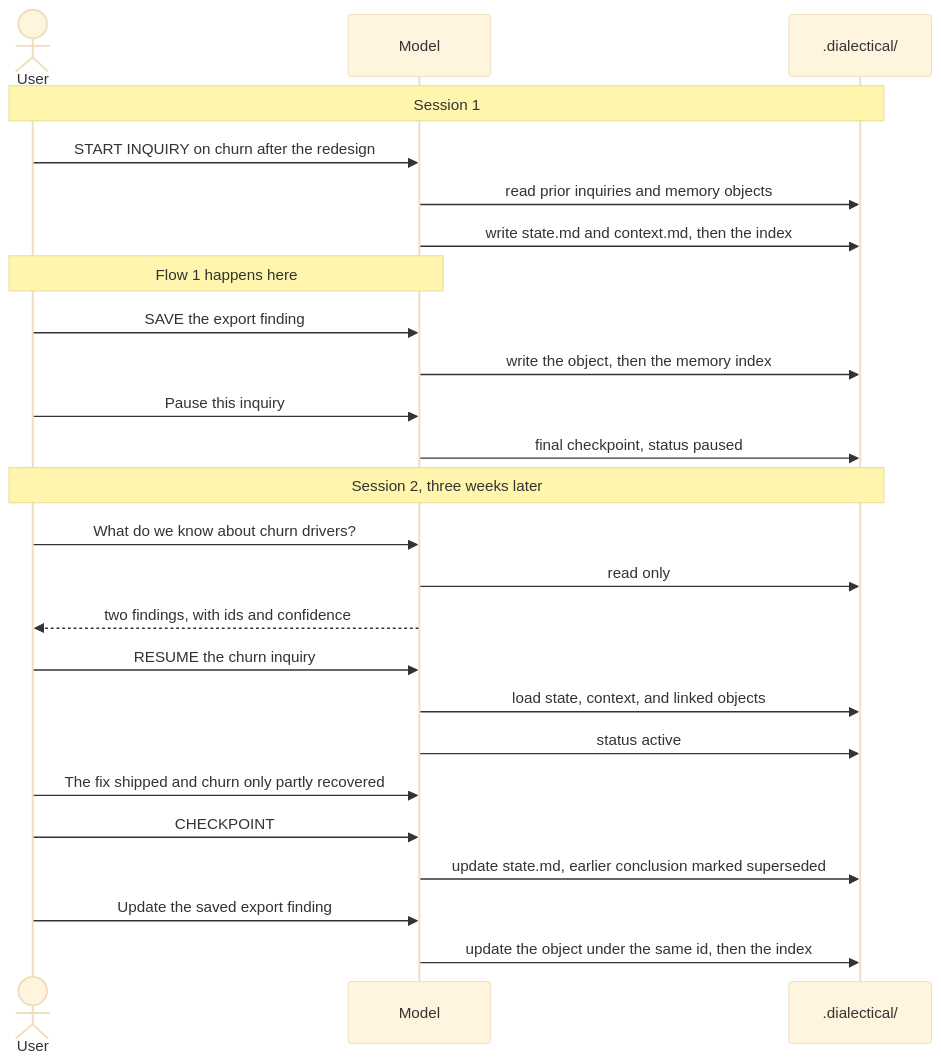
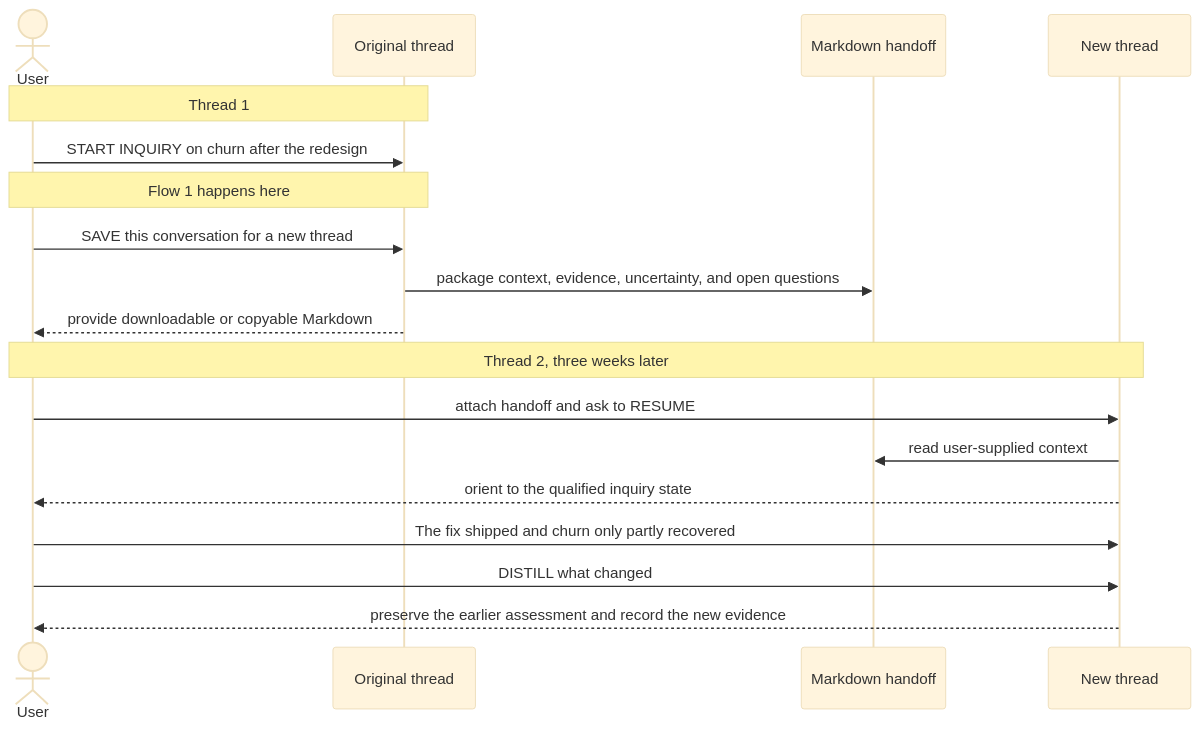
Before and after one commit to FahrtAI/dialectical: the third of 3 diagrams in docs/flows.md, drawn with Mermaid (base theme). The commit also changed other lines of this file and 67 other files, not shown here.

````diff
--- a/docs/flows.md
+++ b/docs/flows.md
@@ -127,27 +130,20 @@
 ```mermaid
 sequenceDiagram
     actor U as User
-    participant M as Model
-    participant S as .dialectical/
-    Note over U,S: Session 1
-    U->>M: START INQUIRY on churn after the redesign
-    M->>S: read prior inquiries and memory objects
-    M->>S: write state.md and context.md, then the index
-    Note over U,M: Flow 1 happens here
-    U->>M: SAVE the export finding
-    M->>S: write the object, then the memory index
-    U->>M: Pause this inquiry
-    M->>S: final checkpoint, status paused
-    Note over U,S: Session 2, three weeks later
-    U->>M: What do we know about churn drivers?
-    M->>S: read only
-    M-->>U: two findings, with ids and confidence
-    U->>M: RESUME the churn inquiry
-    M->>S: load state, context, and linked objects
-    M->>S: status active
-    U->>M: The fix shipped and churn only partly recovered
-    U->>M: CHECKPOINT
-    M->>S: update state.md, earlier conclusion marked superseded
-    U->>M: Update the saved export finding
-    M->>S: update the object under the same id, then the index
+    participant A as Original thread
+    participant H as Markdown handoff
+    participant B as New thread
+    Note over U,A: Thread 1
+    U->>A: START INQUIRY on churn after the redesign
+    Note over U,A: Flow 1 happens here
+    U->>A: SAVE this conversation for a new thread
+    A->>H: package context, evidence, uncertainty, and open questions
+    A-->>U: provide downloadable or copyable Markdown
+    Note over U,B: Thread 2, three weeks later
+    U->>B: attach handoff and ask to RESUME
+    B->>H: read user-supplied context
+    B-->>U: orient to the qualified inquiry state
+    U->>B: The fix shipped and churn only partly recovered
+    U->>B: DISTILL what changed
+    B-->>U: preserve the earlier assessment and record the new evidence
 ```
````
